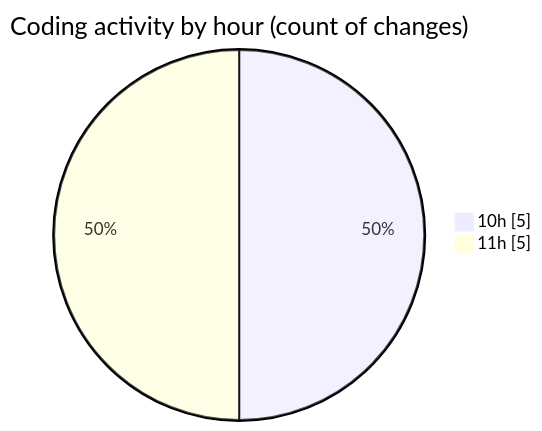
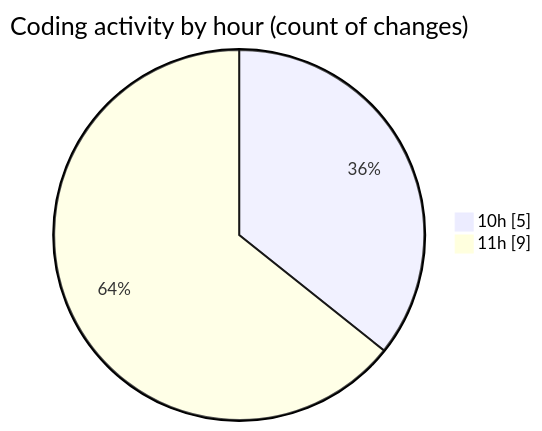
The second of 2 diagrams in 2025-08-11/nxtqube_webapp/README.md (nxtqubesakshisongat/code-tracking), drawn with Mermaid before and after one commit. The commit also changed other lines of this file and 1 other file, not shown here.

````diff
--- a/2025-08-11/nxtqube_webapp/README.md
+++ b/2025-08-11/nxtqube_webapp/README.md
@@ -29,6 +29,6 @@
 ```mermaid
 pie showData
 title Coding activity by hour (count of changes)
 "10h" : 5
-"11h" : 5
+"11h" : 9
 ```
````
